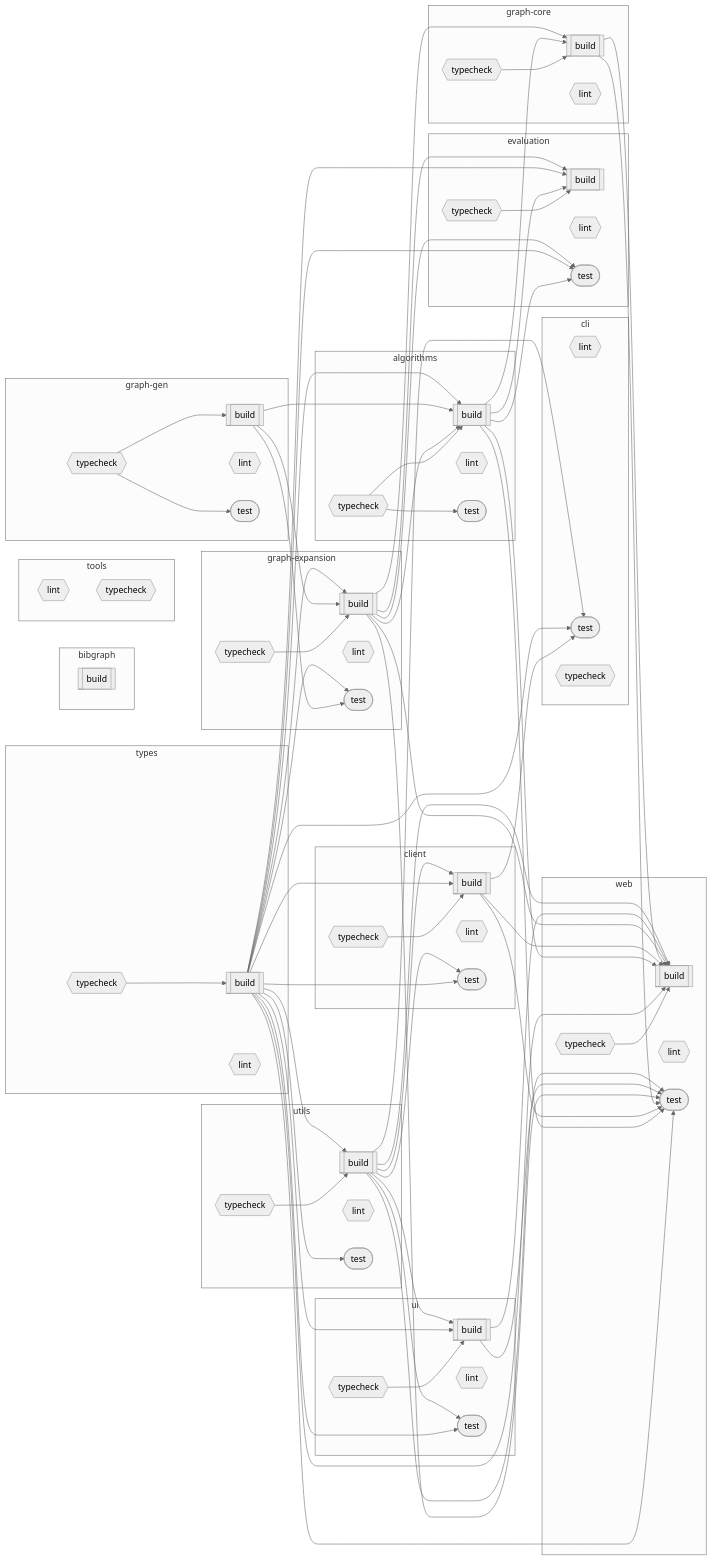
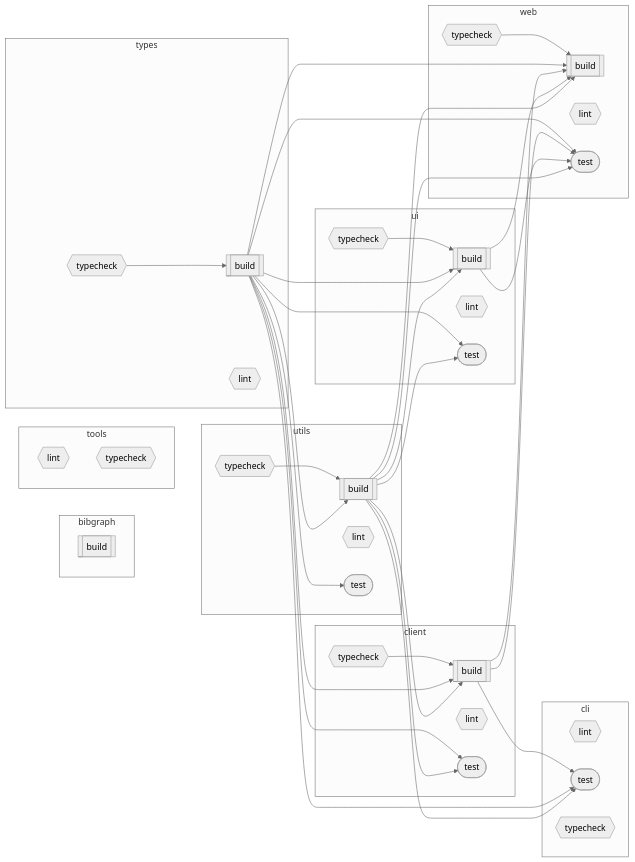
One commit to Mearman/BibGraph changed the diagram in README.md. Above: the diagram before and after it, drawn with Mermaid (neutral theme). The commit also changed 1 other file, not shown here.

Commit message:
chore(deps): update README and lock file
Update README with removed packages in task dependency graph.
Update pnpm-lock.yaml after package removals.

````diff
--- a/README.md
+++ b/README.md
@@ -108,12 +108,5 @@
 ```mermaid
 flowchart LR
-
-    subgraph algorithms["algorithms"]
-        algorithms_build[["build"]]
-        algorithms_lint{{"lint"}}
-        algorithms_test(["test"])
-        algorithms_typecheck{{"typecheck"}}
-    end
 
     subgraph bibgraph["bibgraph"]
         bibgraph_build[["build"]]
@@ -130,33 +123,6 @@
         client_lint{{"lint"}}
         client_test(["test"])
         client_typecheck{{"typecheck"}}
-    end
-
-    subgraph evaluation["evaluation"]
-        evaluation_build[["build"]]
-        evaluation_lint{{"lint"}}
-        evaluation_test(["test"])
-        evaluation_typecheck{{"typecheck"}}
-    end
-
-    subgraph graph_core["graph-core"]
-        graph_core_build[["build"]]
-        graph_core_lint{{"lint"}}
-        graph_core_typecheck{{"typecheck"}}
-    end
-
-    subgraph graph_expansion["graph-expansion"]
-        graph_expansion_build[["build"]]
-        graph_expansion_lint{{"lint"}}
-        graph_expansion_test(["test"])
-        graph_expansion_typecheck{{"typecheck"}}
-    end
-
-    subgraph graph_gen["graph-gen"]
-        graph_gen_build[["build"]]
-        graph_gen_lint{{"lint"}}
-        graph_gen_test(["test"])
-        graph_gen_typecheck{{"typecheck"}}
     end
 
     subgraph tools["tools"]
@@ -192,11 +158,6 @@
     end
 
     %% Task dependencies
-    algorithms_typecheck --> algorithms_build
-    graph_expansion_build --> algorithms_build
-    graph_gen_build --> algorithms_build
-    types_build --> algorithms_build
-    algorithms_typecheck --> algorithms_test
     client_build --> cli_test
     types_build --> cli_test
     utils_build --> cli_test
@@ -205,23 +166,6 @@
     utils_build --> client_build
     types_build --> client_test
     utils_build --> client_test
-    evaluation_typecheck --> evaluation_build
-    algorithms_build --> evaluation_build
-    types_build --> evaluation_build
-    graph_expansion_build --> evaluation_build
-    algorithms_build --> evaluation_test
-    types_build --> evaluation_test
-    graph_expansion_build --> evaluation_test
-    graph_core_typecheck --> graph_core_build
-    algorithms_build --> graph_core_build
-    graph_expansion_build --> graph_core_build
-    graph_expansion_typecheck --> graph_expansion_build
-    graph_gen_build --> graph_expansion_build
-    types_build --> graph_expansion_build
-    graph_gen_build --> graph_expansion_test
-    types_build --> graph_expansion_test
-    graph_gen_typecheck --> graph_gen_build
-    graph_gen_typecheck --> graph_gen_test
     types_typecheck --> types_build
     ui_typecheck --> ui_build
     types_build --> ui_build
@@ -233,17 +177,11 @@
     types_build --> utils_test
     web_typecheck --> web_build
     types_build --> web_build
-    algorithms_build --> web_build
     client_build --> web_build
-    graph_core_build --> web_build
-    graph_expansion_build --> web_build
     ui_build --> web_build
     utils_build --> web_build
     types_build --> web_test
-    algorithms_build --> web_test
     client_build --> web_test
-    graph_core_build --> web_test
-    graph_expansion_build --> web_test
     ui_build --> web_test
     utils_build --> web_test
 ```
````
